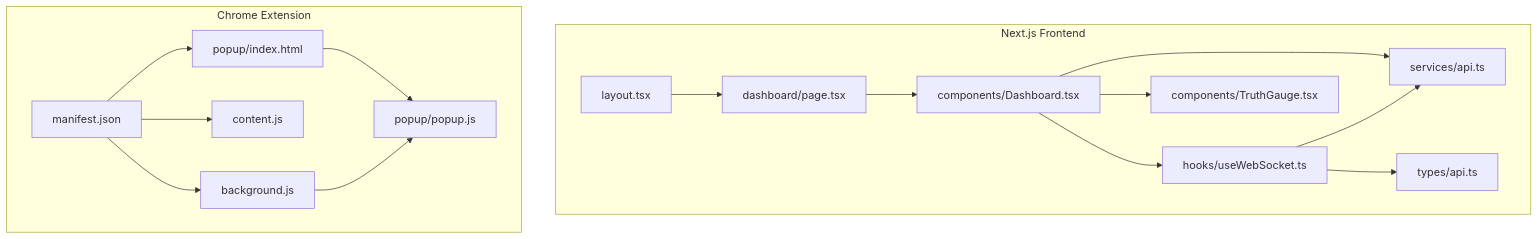
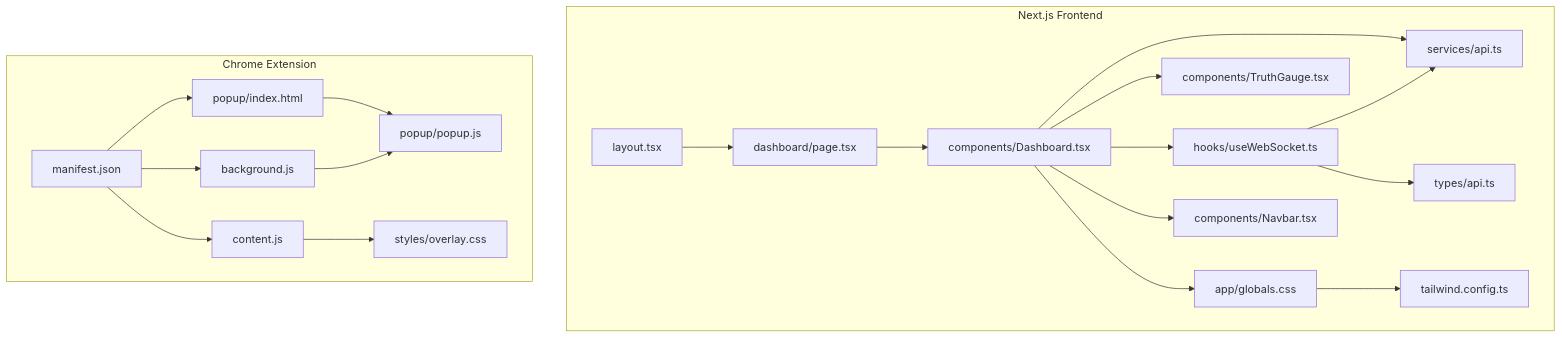
Before and after one commit to Anmo07/Friday: the first of 7 diagrams in .qoder/repowiki/en/content/Frontend Interface/Frontend Interface.md, drawn with Mermaid. The commit also changed other lines of this file and 931 other files, not shown here.

````diff
--- a/.qoder/repowiki/en/content/Frontend Interface/Frontend Interface.md
+++ b/.qoder/repowiki/en/content/Frontend Interface/Frontend Interface.md
@@ -42,31 +55,39 @@
 ```mermaid
 graph TB
 subgraph "Next.js Frontend"
 L["layout.tsx"]
 D["dashboard/page.tsx"]
 C_Dash["components/Dashboard.tsx"]
 C_Gauge["components/TruthGauge.tsx"]
 H_WS["hooks/useWebSocket.ts"]
 S_API["services/api.ts"]
 T_API["types/api.ts"]
+CSS["app/globals.css"]
+TAILWIND["tailwind.config.ts"]
+NAV["components/Navbar.tsx"]
 end
 subgraph "Chrome Extension"
 M["manifest.json"]
 BG["background.js"]
 CS["content.js"]
 POP_HTML["popup/index.html"]
 POP_JS["popup/popup.js"]
+OVERLAY["styles/overlay.css"]
 end
 L --> D
 D --> C_Dash
 C_Dash --> H_WS
 C_Dash --> C_Gauge
 C_Dash --> S_API
+C_Dash --> CSS
+C_Dash --> NAV
 H_WS --> S_API
 H_WS --> T_API
+CSS --> TAILWIND
 M --> BG
 M --> CS
 M --> POP_HTML
 POP_HTML --> POP_JS
 BG --> POP_JS
+CS --> OVERLAY
 ```
````
